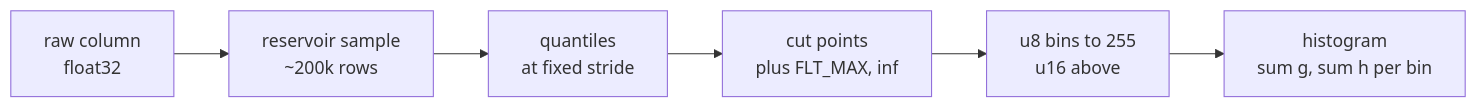
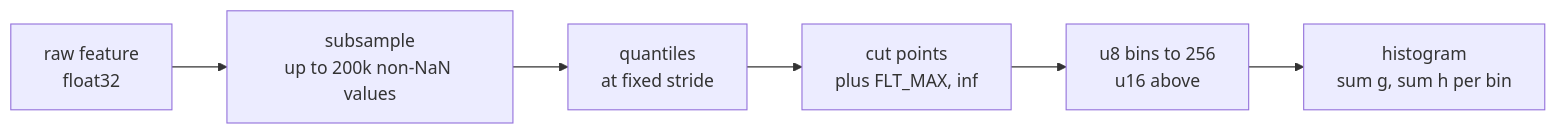
One commit to daniel-m-campos/bonsai changed the diagram in docs/guide/2-binning-and-histograms.md. Above: the diagram before and after it, drawn with Mermaid. The commit also changed other lines of this file and 49 other files, not shown here.

````diff
--- a/docs/guide/2-binning-and-histograms.md
+++ b/docs/guide/2-binning-and-histograms.md
@@ -24,8 +13,8 @@
 ```mermaid
 flowchart LR
-  A[raw column<br/>float32] --> B[reservoir sample<br/>~200k rows]
+  A[raw feature<br/>float32] --> B[subsample<br/>up to 200k non-NaN values]
   B --> C[quantiles<br/>at fixed stride]
   C --> D[cut points<br/>plus FLT_MAX, inf]
-  D --> E[u8 bins to 255<br/>u16 above]
+  D --> E[u8 bins to 256<br/>u16 above]
   E --> F[histogram<br/>sum g, sum h per bin]
 ```
````
